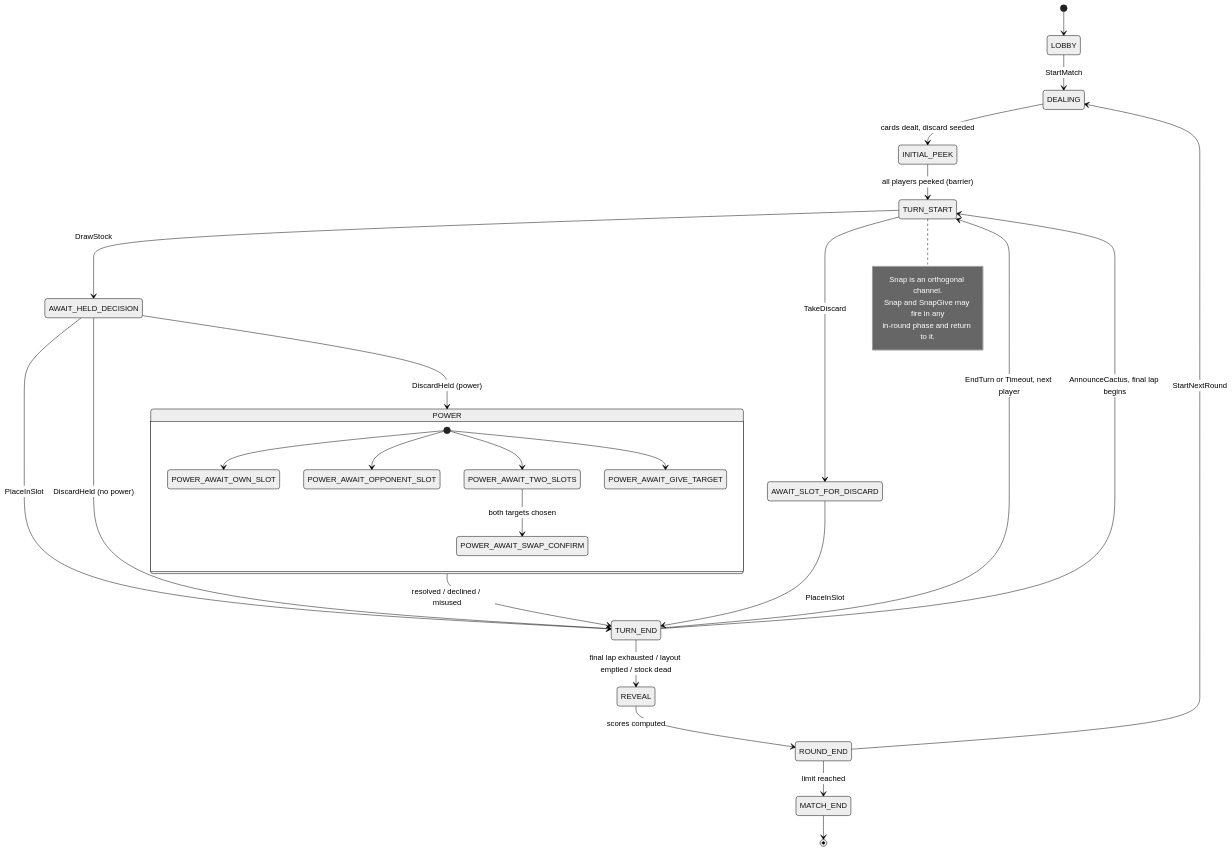
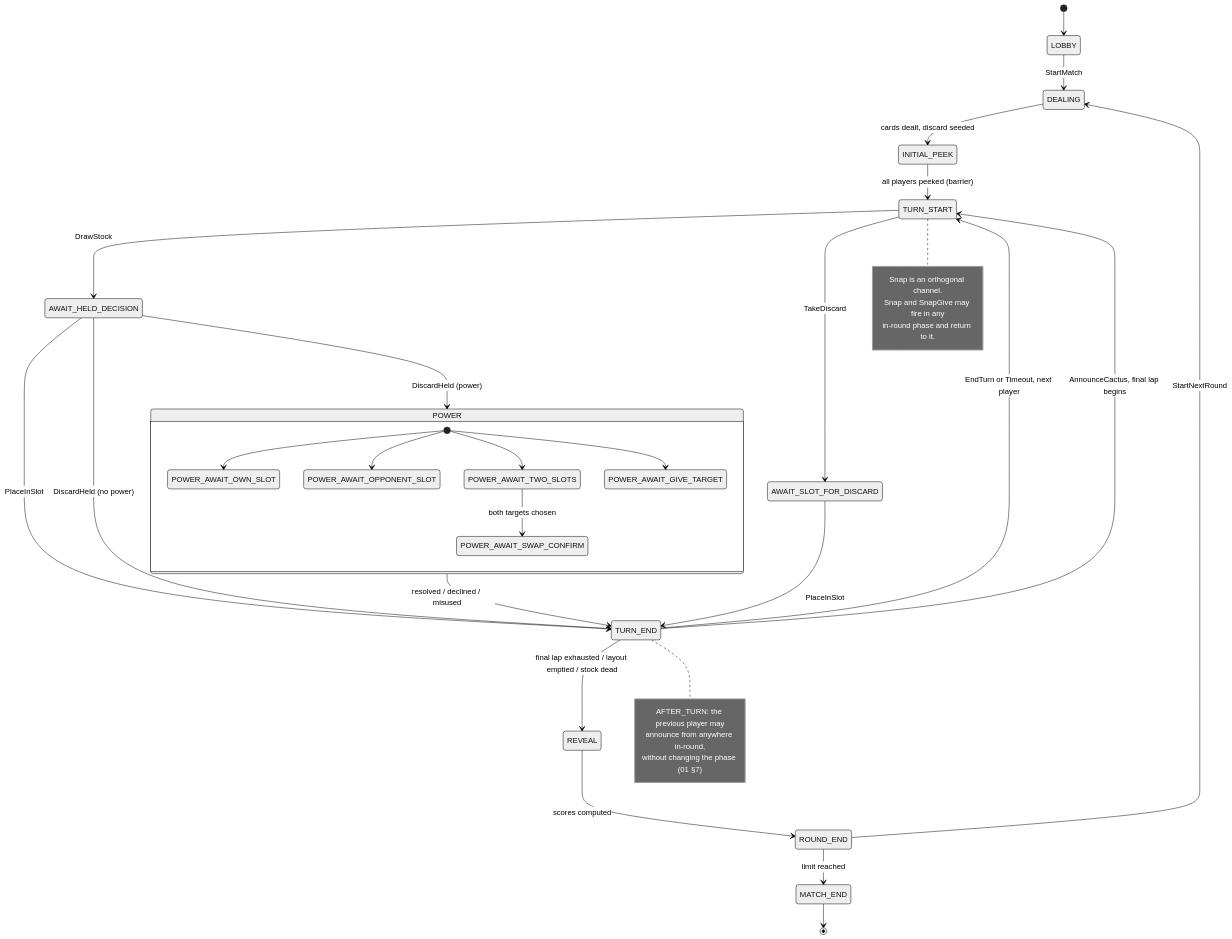
Before and after one commit to hombrb/cactus: the diagram in docs/04-state-machine.md, drawn with Mermaid (neutral theme). The commit also changed other lines of this file and 26 other files, not shown here.

````diff
--- a/docs/04-state-machine.md
+++ b/docs/04-state-machine.md
@@ -38,39 +38,45 @@
 ```mermaid
 stateDiagram-v2
     [*] --> LOBBY
     LOBBY --> DEALING : StartMatch
     DEALING --> INITIAL_PEEK : cards dealt, discard seeded
     INITIAL_PEEK --> TURN_START : all players peeked (barrier)
 
     TURN_START --> AWAIT_HELD_DECISION : DrawStock
     TURN_START --> AWAIT_SLOT_FOR_DISCARD : TakeDiscard
 
     AWAIT_HELD_DECISION --> TURN_END : PlaceInSlot
     AWAIT_HELD_DECISION --> TURN_END : DiscardHeld (no power)
     AWAIT_HELD_DECISION --> POWER : DiscardHeld (power)
     AWAIT_SLOT_FOR_DISCARD --> TURN_END : PlaceInSlot
 
     state POWER {
         [*] --> POWER_AWAIT_OWN_SLOT
         [*] --> POWER_AWAIT_OPPONENT_SLOT
         [*] --> POWER_AWAIT_TWO_SLOTS
         [*] --> POWER_AWAIT_GIVE_TARGET
         POWER_AWAIT_TWO_SLOTS --> POWER_AWAIT_SWAP_CONFIRM : both targets chosen
     }
     POWER --> TURN_END : resolved / declined / misused
 
     TURN_END --> TURN_START : EndTurn or Timeout, next player
     TURN_END --> TURN_START : AnnounceCactus, final lap begins
     TURN_END --> REVEAL : final lap exhausted / layout emptied / stock dead
 
+    note right of TURN_END
+        AFTER_TURN: the previous player may
+        announce from anywhere in-round,
+        without changing the phase (01 §7)
+    end note
+
     REVEAL --> ROUND_END : scores computed
     ROUND_END --> DEALING : StartNextRound
     ROUND_END --> MATCH_END : limit reached
     MATCH_END --> [*]
 
     note right of TURN_START
         Snap is an orthogonal channel.
         Snap and SnapGive may fire in any
         in-round phase and return to it.
     end note
 ```
````
